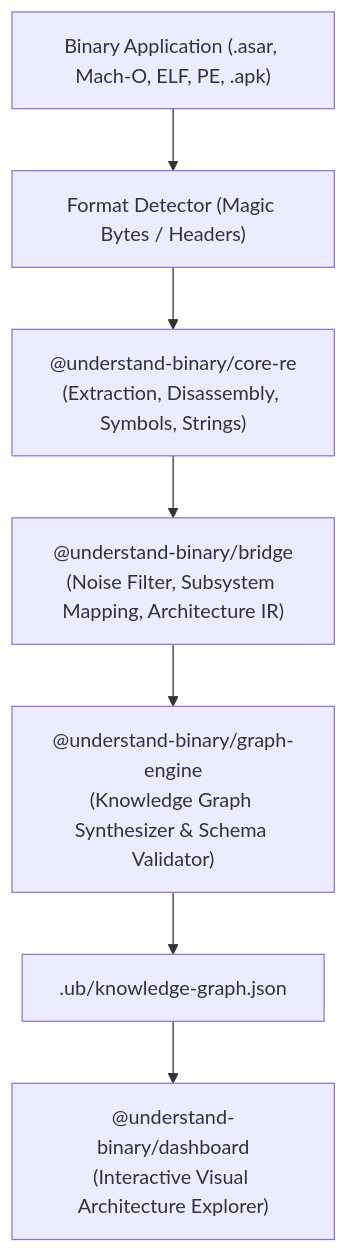
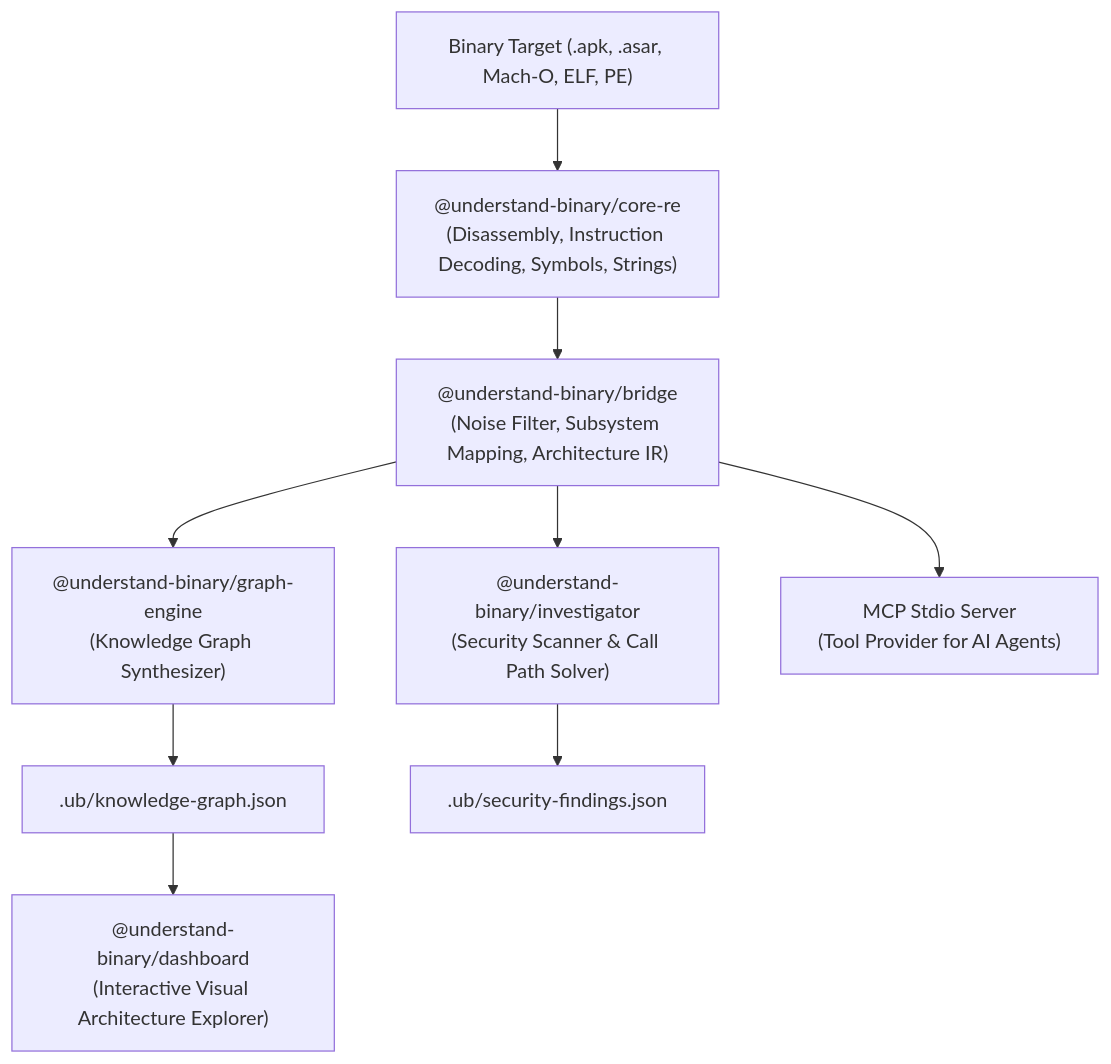
The diagram in README.md (devanshvpurohit/understand-binary), drawn with Mermaid before and after one commit. The commit also changed other lines of this file and 35 other files, not shown here.

Commit message:
feat: evolve understand-binary into production-grade RE platform with instruction disassembler, MCP server, security scanner, and AI investigator

````diff
--- a/README.md
+++ b/README.md
@@ -28,9 +34,11 @@
 ```mermaid
 flowchart TD
-    Target["Binary Application (.asar, Mach-O, ELF, PE, .apk)"] --> Detect["Format Detector (Magic Bytes / Headers)"]
-    Detect --> CoreRE["@understand-binary/core-re\n(Extraction, Disassembly, Symbols, Strings)"]
+    Target["Binary Target (.apk, .asar, Mach-O, ELF, PE)"] --> CoreRE["@understand-binary/core-re\n(Disassembly, Instruction Decoding, Symbols, Strings)"]
     CoreRE --> Bridge["@understand-binary/bridge\n(Noise Filter, Subsystem Mapping, Architecture IR)"]
-    Bridge --> Engine["@understand-binary/graph-engine\n(Knowledge Graph Synthesizer & Schema Validator)"]
+    Bridge --> Engine["@understand-binary/graph-engine\n(Knowledge Graph Synthesizer)"]
+    Bridge --> Sec["@understand-binary/investigator\n(Security Scanner & Call Path Solver)"]
+    Bridge --> MCP["MCP Stdio Server\n(Tool Provider for AI Agents)"]
     Engine --> Output[".ub/knowledge-graph.json"]
+    Sec --> OutputFindings[".ub/security-findings.json"]
     Output --> Dashboard["@understand-binary/dashboard\n(Interactive Visual Architecture Explorer)"]
 ```
````
